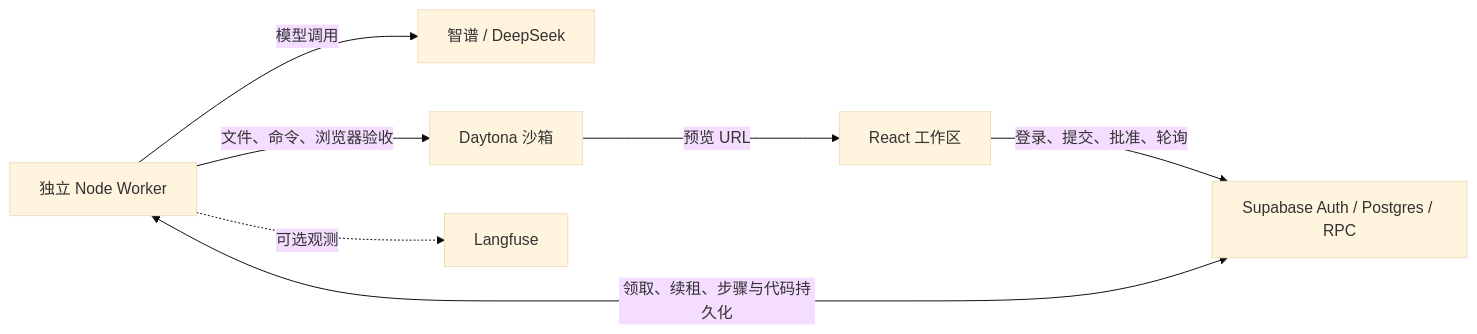
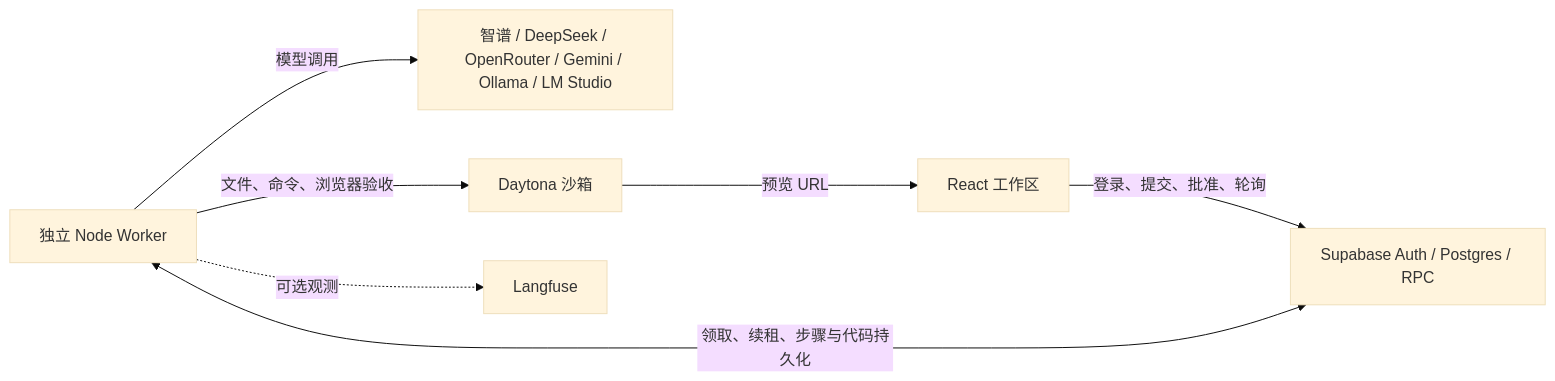
Before and after one commit to Tym216/idea-to-app-forge: the diagram in README.md, drawn with Mermaid (base theme). The commit also changed other lines of this file and 4 other files, not shown here.

````diff
--- a/README.md
+++ b/README.md
@@ -23,9 +23,9 @@
 ```mermaid
 flowchart LR
     UI[React 工作区] -->|登录、提交、批准、轮询| DB[Supabase Auth / Postgres / RPC]
     W[独立 Node Worker] <-->|领取、续租、步骤与代码持久化| DB
-    W -->|模型调用| LLM[智谱 / DeepSeek]
+    W -->|模型调用| LLM[智谱 / DeepSeek / OpenRouter / Gemini / Ollama / LM Studio]
     W -->|文件、命令、浏览器验收| SB[Daytona 沙箱]
     SB -->|预览 URL| UI
     W -. 可选观测 .-> LF[Langfuse]
 ```
````
